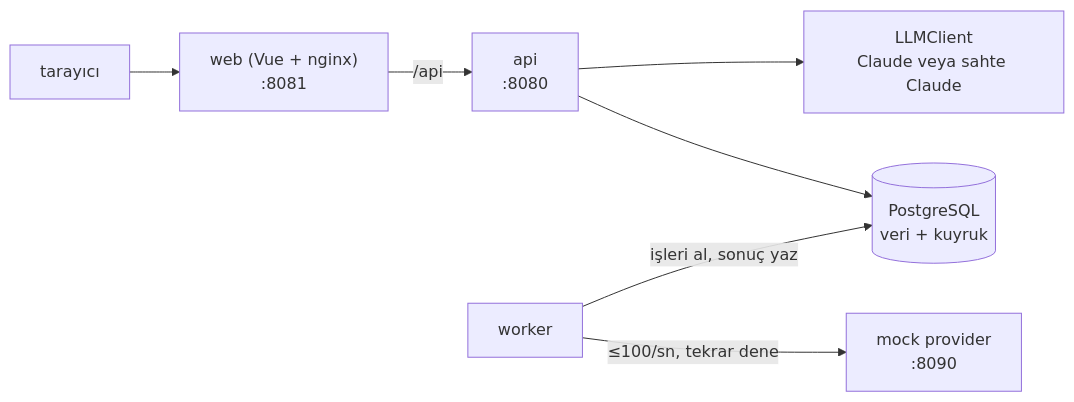
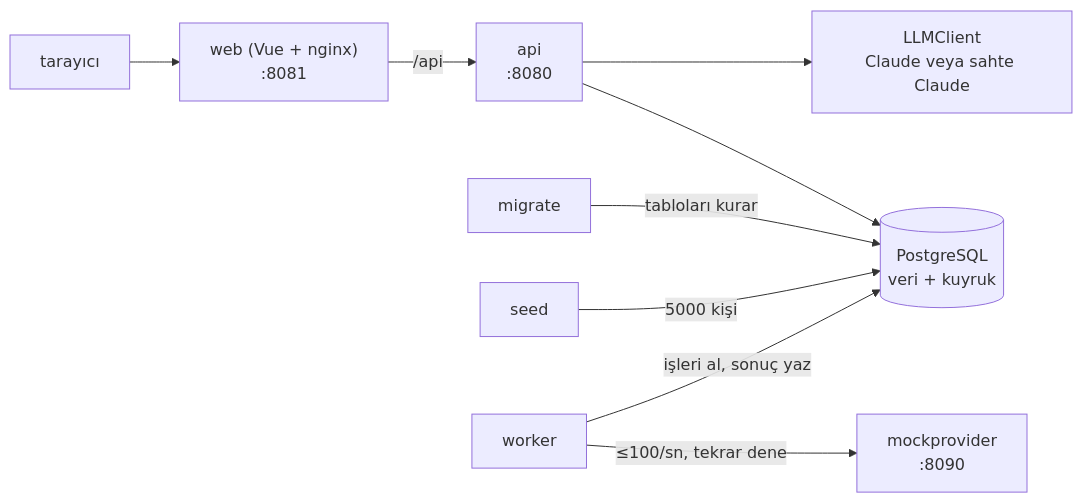
The diagram in README.md (gulcint/smart-campaign-composer), drawn with Mermaid before and after one commit. The commit also changed other lines of this file, not shown here.

````diff
--- a/README.md
+++ b/README.md
@@ -150,9 +162,11 @@
 ```mermaid
 flowchart LR
   browser["tarayıcı"] --> web["web (Vue + nginx)<br/>:8081"]
   web -- "/api" --> api["api<br/>:8080"]
   api --> llm["LLMClient<br/>Claude veya sahte Claude"]
   api --> db[("PostgreSQL<br/>veri + kuyruk")]
+  migrate["migrate"] -- "tabloları kurar" --> db
+  seed["seed"] -- "5000 kişi" --> db
   worker["worker"] -- "işleri al, sonuç yaz" --> db
-  worker -- "≤100/sn, tekrar dene" --> mock["mock provider<br/>:8090"]
+  worker -- "≤100/sn, tekrar dene" --> mock["mockprovider<br/>:8090"]
 ```
````
